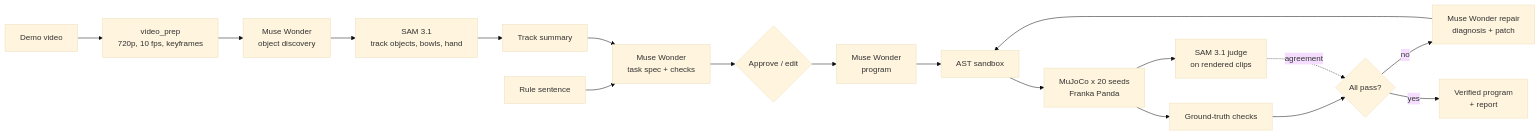
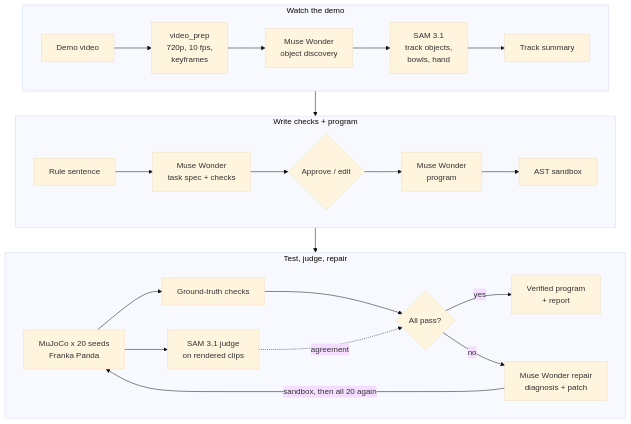
The diagram in README.md (nikocallas/show-and-tell-robotics), drawn with Mermaid (base theme) before and after one commit. The commit also changed other lines of this file and 12 other files, not shown here.

````diff
--- a/README.md
+++ b/README.md
@@ -45,20 +45,23 @@
 ```mermaid
-flowchart LR
-    V[Demo video] --> P[video_prep<br/>720p, 10 fps, keyframes]
-    P --> D[Muse Wonder<br/>object discovery]
-    D --> S1[SAM 3.1<br/>track objects, bowls, hand]
-    S1 --> T[Track summary]
-    R[Rule sentence] --> SP
-    T --> SP[Muse Wonder<br/>task spec + checks]
-    SP --> A{Approve / edit}
-    A --> PG[Muse Wonder<br/>program]
-    PG --> SB[AST sandbox]
-    SB --> SIM[MuJoCo x 20 seeds<br/>Franka Panda]
-    SIM --> GT[Ground-truth checks]
-    SIM --> S2[SAM 3.1 judge<br/>on rendered clips]
-    GT --> REP{All pass?}
-    S2 -. agreement .-> REP
-    REP -- no --> FIX[Muse Wonder repair<br/>diagnosis + patch]
-    FIX --> SB
-    REP -- yes --> OUT[Verified program<br/>+ report]
+flowchart TB
+    subgraph watch ["Watch the demo"]
+        direction LR
+        V[Demo video] --> P[video_prep<br/>720p, 10 fps,<br/>keyframes] --> D[Muse Wonder<br/>object discovery]
+        D --> S1[SAM 3.1<br/>track objects,<br/>bowls, hand] --> T[Track summary]
+    end
+    subgraph spec ["Write checks + program"]
+        direction LR
+        R[Rule sentence] --> SP[Muse Wonder<br/>task spec + checks] --> A{Approve / edit}
+        A --> PG[Muse Wonder<br/>program] --> SB[AST sandbox]
+    end
+    subgraph verify ["Test, judge, repair"]
+        direction LR
+        SIM[MuJoCo x 20 seeds<br/>Franka Panda] --> GT[Ground-truth checks] --> REP{All pass?}
+        SIM --> S2[SAM 3.1 judge<br/>on rendered clips]
+        S2 -. agreement .-> REP
+        REP -- yes --> OUT[Verified program<br/>+ report]
+        REP -- no --> FIX[Muse Wonder repair<br/>diagnosis + patch]
+        FIX -->|"sandbox, then all 20 again"| SIM
+    end
+    watch --> spec --> verify
 ```
````
